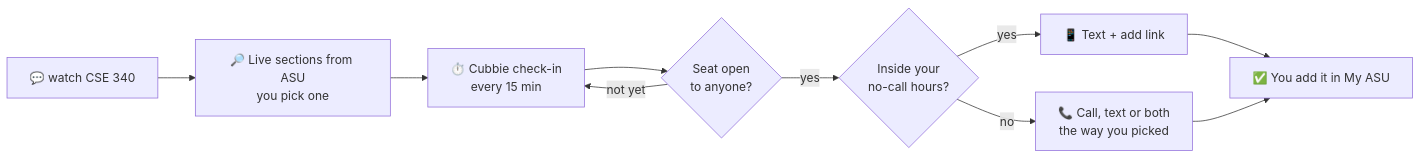
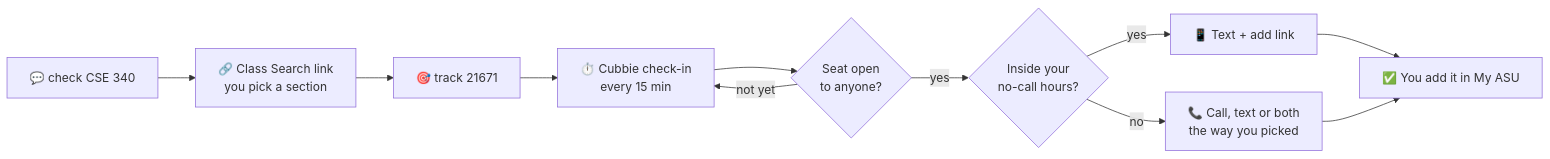
Before and after one commit to Aadharsh21/class-concierge: the diagram in README.md, drawn with Mermaid. The commit also changed other lines of this file and 4 other files, not shown here.

Commit message:
Track by class number even while ASU is blocking, send Class Search links, and show whether checks get through

````diff
--- a/README.md
+++ b/README.md
@@ -103,12 +105,13 @@
 ```mermaid
 flowchart LR
-    A["💬 watch CSE 340"] --> B["🔎 Live sections from ASU<br/>you pick one"]
-    B --> C["⏱️ Cubbie check-in<br/>every 15 min"]
+    A["💬 check CSE 340"] --> B["🔗 Class Search link<br/>you pick a section"]
+    B --> T["🎯 track 21671"]
+    T --> C["⏱️ Cubbie check-in<br/>every 15 min"]
     C --> D{"Seat open<br/>to anyone?"}
     D -- "not yet" --> C
     D -- "yes" --> E{"Inside your<br/>no-call hours?"}
     E -- "yes" --> F["📱 Text + add link"]
     E -- "no" --> G["📞 Call, text or both<br/>the way you picked"]
     F --> H["✅ You add it in My ASU"]
     G --> H
 ```
````
